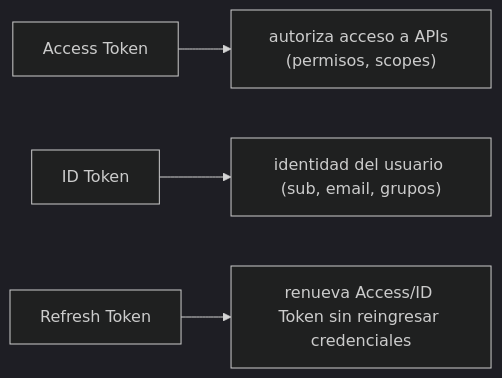
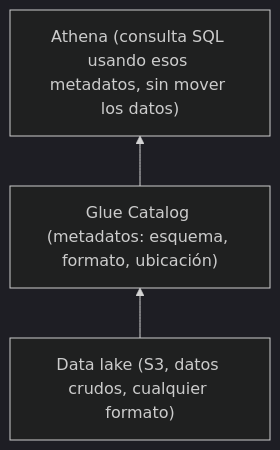
The first of 5 diagrams in web/public/content/cloud/modulo-18.md (NICORUIZ93/The_Imperial_Book), drawn with Mermaid (dark theme) before and after one commit. The commit also changed other lines of this file and 305 other files, not shown here.

````diff
--- a/web/public/content/cloud/modulo-18.md
+++ b/web/public/content/cloud/modulo-18.md
@@ -66,6 +16,5 @@
 ```mermaid
-flowchart LR
-    A["Access Token"] --> A1["autoriza acceso a APIs (permisos, scopes)"]
-    B["ID Token"] --> B1["identidad del usuario (sub, email, grupos)"]
-    C["Refresh Token"] --> C1["renueva Access/ID Token sin reingresar credenciales"]
+flowchart BT
+    A["Data lake (S3, datos crudos, cualquier formato)"] --> B["Glue Catalog (metadatos: esquema, formato, ubicación)"]
+    B --> C["Athena (consulta SQL usando esos metadatos, sin mover los datos)"]
 ```
````
